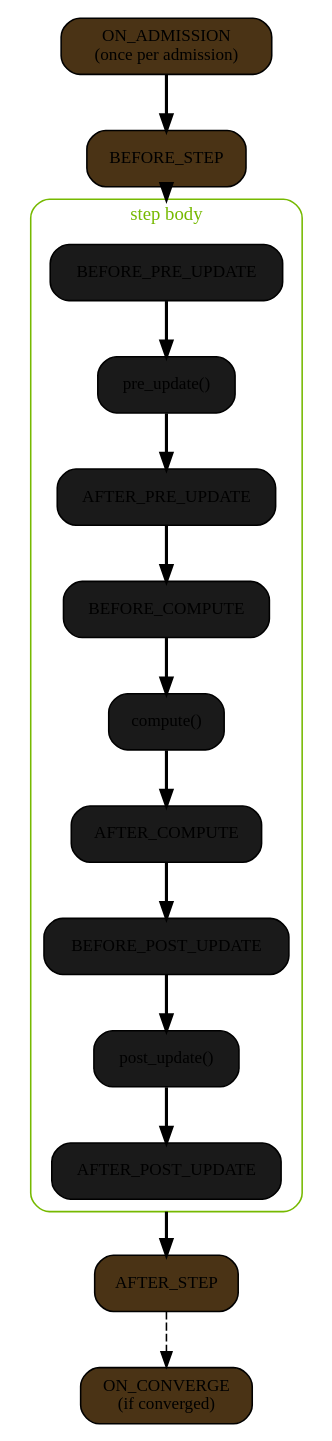
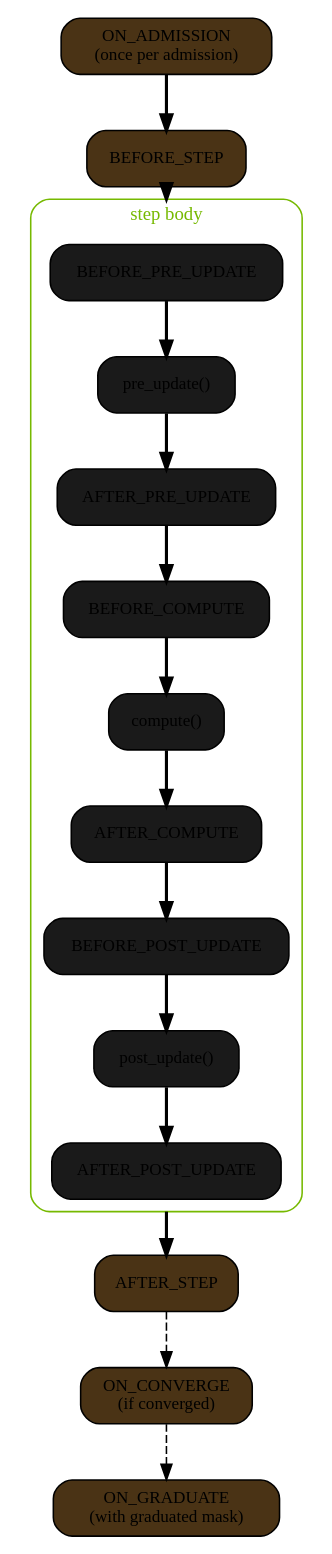
One commit to EricZQu/nvalchemi-toolkit changed the first of 2 diagrams in docs/modules/dynamics/hooks.rst. Above: the diagram before and after it, drawn with Graphviz. The commit also changed other lines of this file and 14 other files, not shown here.

First line of the commit message:
feat(dynamics): dispatch ON_GRADUATE when graphs graduate

```diff
--- a/docs/modules/dynamics/hooks.rst
+++ b/docs/modules/dynamics/hooks.rst
@@ -29,46 +29,48 @@
 .. graphviz::
    :caption: DynamicsStage lifecycle hook firing points.
 
    digraph dynamics_stages {
        rankdir=TB
        compound=true
        node [fontsize=11 shape=box style="rounded,filled" fillcolor="#1a1a1a"]
        edge [fontsize=10 style=bold]
 
        ON_ADMISSION [label="ON_ADMISSION\n(once per admission)" fillcolor="#4a3315"]
        BEFORE_STEP [label="BEFORE_STEP" fillcolor="#4a3315"]
 
        subgraph cluster_step {
            label="step body"
            style=rounded
            color="#76b900"
            fontcolor="#76b900"
            fontsize=12
 
            BEFORE_PRE_UPDATE  [label="BEFORE_PRE_UPDATE"]
            pre_update         [label="pre_update()" fillcolor="#1a1a1a"]
            AFTER_PRE_UPDATE   [label="AFTER_PRE_UPDATE"]
 
            BEFORE_COMPUTE     [label="BEFORE_COMPUTE"]
            compute            [label="compute()" fillcolor="#1a1a1a"]
            AFTER_COMPUTE      [label="AFTER_COMPUTE"]
 
            BEFORE_POST_UPDATE [label="BEFORE_POST_UPDATE"]
            post_update        [label="post_update()" fillcolor="#1a1a1a"]
            AFTER_POST_UPDATE  [label="AFTER_POST_UPDATE"]
 
            BEFORE_PRE_UPDATE -> pre_update -> AFTER_PRE_UPDATE
            AFTER_PRE_UPDATE -> BEFORE_COMPUTE
            BEFORE_COMPUTE -> compute -> AFTER_COMPUTE
            AFTER_COMPUTE -> BEFORE_POST_UPDATE
            BEFORE_POST_UPDATE -> post_update -> AFTER_POST_UPDATE
        }
 
        AFTER_STEP  [label="AFTER_STEP" fillcolor="#4a3315"]
        ON_CONVERGE [label="ON_CONVERGE\n(if converged)" fillcolor="#4a3315"]
+       ON_GRADUATE [label="ON_GRADUATE\n(with graduated mask)" fillcolor="#4a3315"]
 
        ON_ADMISSION -> BEFORE_STEP
        BEFORE_STEP -> BEFORE_PRE_UPDATE [lhead=cluster_step]
        AFTER_POST_UPDATE -> AFTER_STEP [ltail=cluster_step]
        AFTER_STEP -> ON_CONVERGE [style=dashed]
+       ON_CONVERGE -> ON_GRADUATE [style=dashed]
    }
```
